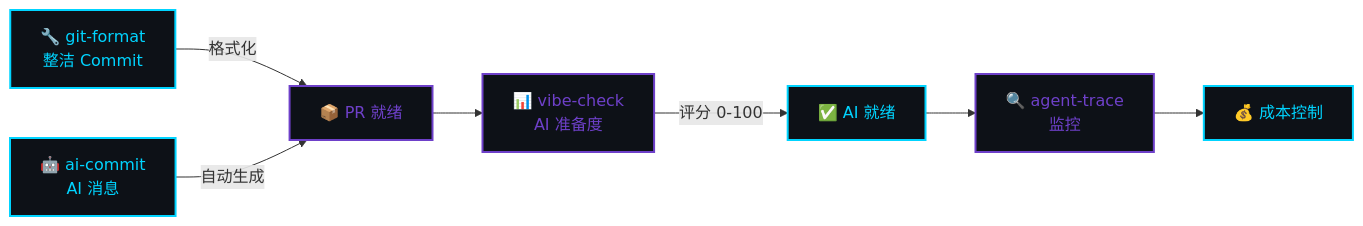
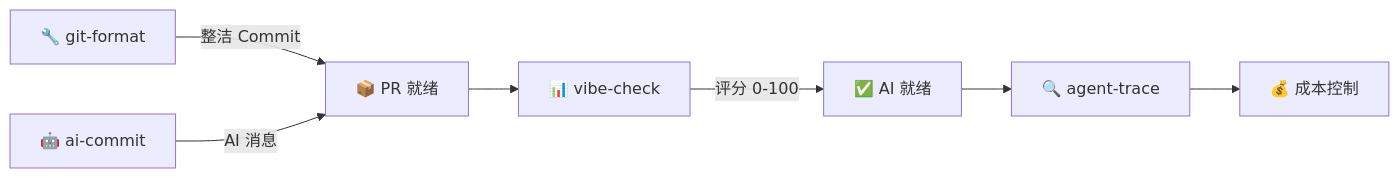
One commit to Serennity007/Serennity007 changed the diagram in README.zh.md. Above: the diagram before and after it, drawn with Mermaid. The commit also changed other lines of this file and 1 other file, not shown here.

````diff
--- a/README.zh.md
+++ b/README.zh.md
@@ -189,17 +98,9 @@
 ```mermaid
 graph LR
-    A["🔧 git-format<br/>整洁 Commit"] -->|格式化| B["📦 PR 就绪"]
-    C["🤖 ai-commit<br/>AI 消息"] -->|自动生成| B
-    B --> D["📊 vibe-check<br/>AI 准备度"]
+    A["🔧 git-format"] -->|整洁 Commit| B["📦 PR 就绪"]
+    C["🤖 ai-commit"] -->|AI 消息| B
+    B --> D["📊 vibe-check"]
     D -->|"评分 0-100"| E["✅ AI 就绪"]
-    E --> F["🔍 agent-trace<br/>监控"]
+    E --> F["🔍 agent-trace"]
     F --> G["💰 成本控制"]
-
-    style A fill:#0d1117,stroke:#00d4ff,stroke-width:2px,color:#00d4ff
-    style B fill:#0d1117,stroke:#6e40c9,stroke-width:2px,color:#6e40c9
-    style C fill:#0d1117,stroke:#00d4ff,stroke-width:2px,color:#00d4ff
-    style D fill:#0d1117,stroke:#6e40c9,stroke-width:2px,color:#6e40c9
-    style E fill:#0d1117,stroke:#00d4ff,stroke-width:2px,color:#00d4ff
-    style F fill:#0d1117,stroke:#6e40c9,stroke-width:2px,color:#6e40c9
-    style G fill:#0d1117,stroke:#00d4ff,stroke-width:2px,color:#00d4ff
 ```
````
